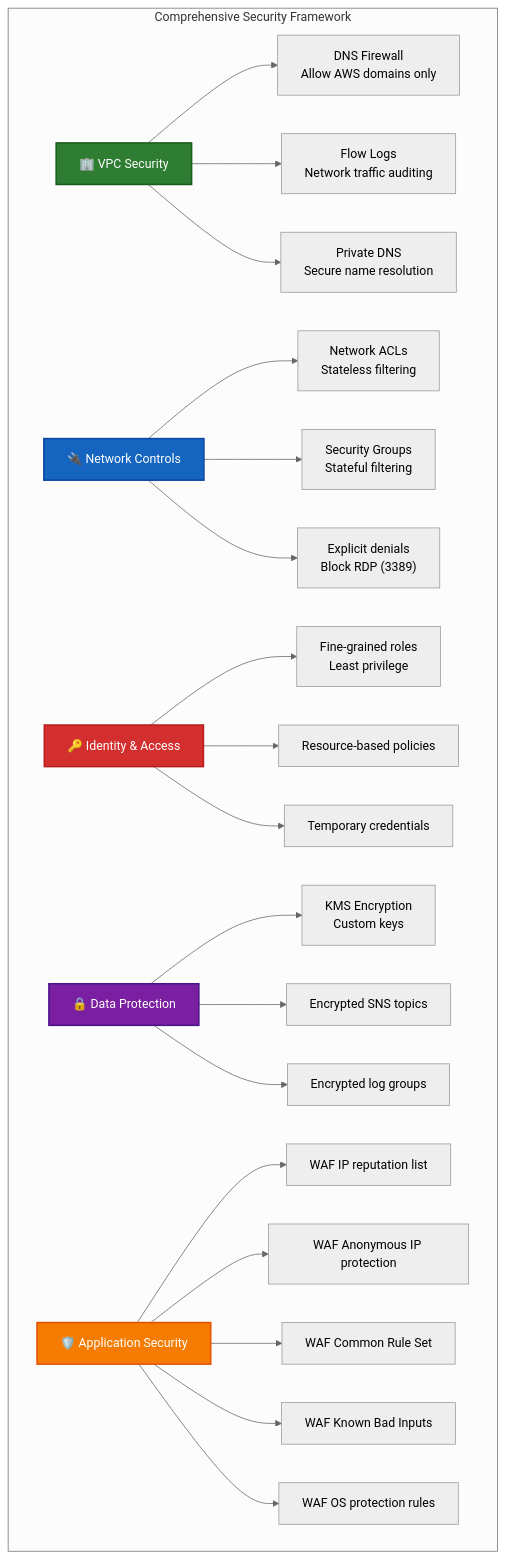
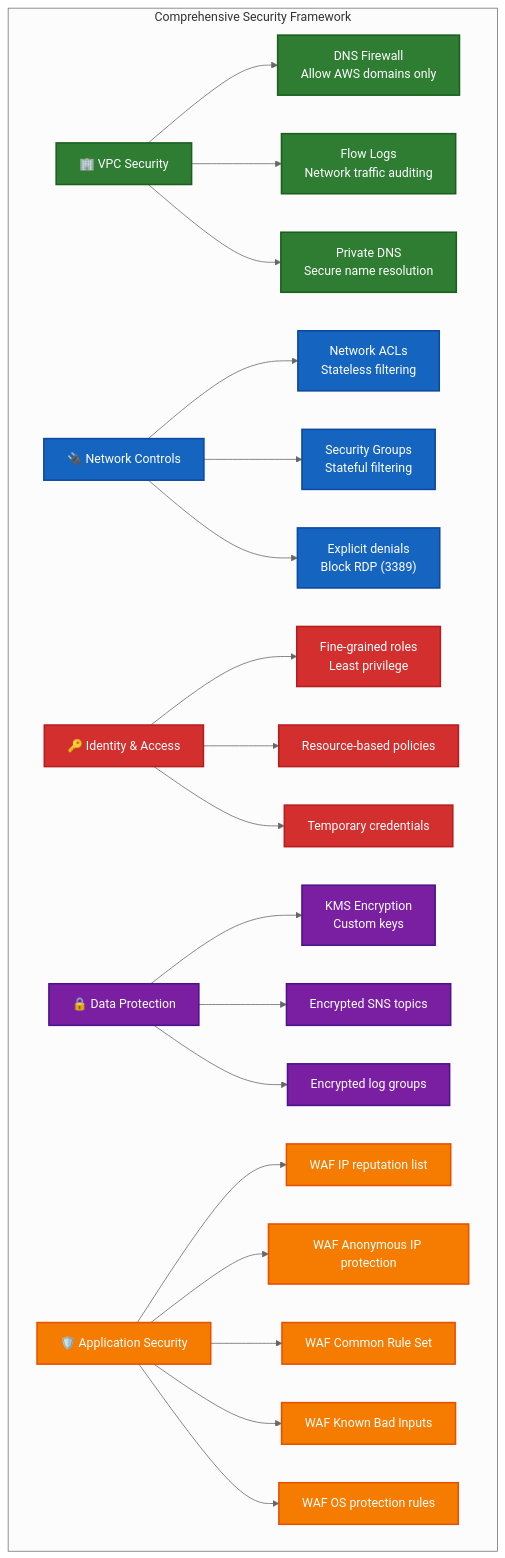
Before and after one commit to Hack23/lambda-in-private-vpc: the third of 6 diagrams in README.md, drawn with Mermaid (neutral theme). The commit also changed other lines of this file, not shown here.

````diff
--- a/README.md
+++ b/README.md
@@ -168,38 +168,44 @@
 ```mermaid
 graph TD
     subgraph "Comprehensive Security Framework"
-        VPC["🏢 VPC Security"]:::vpc
-        NW["🔌 Network Controls"]:::network
-        IAM["🔑 Identity & Access"]:::iam
-        DATA["🔒 Data Protection"]:::data
-        APP["🛡️ Application Security"]:::app
+        VPC["🏢 VPC Security"]
+        NW["🔌 Network Controls"]
+        IAM["🔑 Identity & Access"]
+        DATA["🔒 Data Protection"]
+        APP["🛡️ Application Security"]
         
         VPC --> DNS_FW["DNS Firewall<br>Allow AWS domains only"]
         VPC --> FLOW["Flow Logs<br>Network traffic auditing"]
         VPC --> PDNS["Private DNS<br>Secure name resolution"]
         
         NW --> NACL["Network ACLs<br>Stateless filtering"]
         NW --> SG["Security Groups<br>Stateful filtering"]
         NW --> DENY["Explicit denials<br>Block RDP (3389)"]
         
         IAM --> ROLES["Fine-grained roles<br>Least privilege"]
         IAM --> POLICY["Resource-based policies"]
         IAM --> TEMP["Temporary credentials"]
         
         DATA --> KMS["KMS Encryption<br>Custom keys"]
         DATA --> ENC_SNS["Encrypted SNS topics"]
         DATA --> ENC_LOG["Encrypted log groups"]
         
         APP --> WAF_IP["WAF IP reputation list"]
         APP --> WAF_ANON["WAF Anonymous IP protection"]
         APP --> WAF_CRS["WAF Common Rule Set"]
         APP --> WAF_BAD["WAF Known Bad Inputs"]
         APP --> WAF_OS["WAF OS protection rules"]
     end
 
     classDef vpc fill:#2E7D32,stroke:#1B5E20,stroke-width:2px,color:#FFFFFF
     classDef network fill:#1565C0,stroke:#0D47A1,stroke-width:2px,color:#FFFFFF  
     classDef iam fill:#D32F2F,stroke:#B71C1C,stroke-width:2px,color:#FFFFFF
     classDef data fill:#7B1FA2,stroke:#4A148C,stroke-width:2px,color:#FFFFFF
     classDef app fill:#F57C00,stroke:#E65100,stroke-width:2px,color:#FFFFFF
+    
+    class VPC,DNS_FW,FLOW,PDNS vpc
+    class NW,NACL,SG,DENY network
+    class IAM,ROLES,POLICY,TEMP iam
+    class DATA,KMS,ENC_SNS,ENC_LOG data
+    class APP,WAF_IP,WAF_ANON,WAF_CRS,WAF_BAD,WAF_OS app
 ```
````
